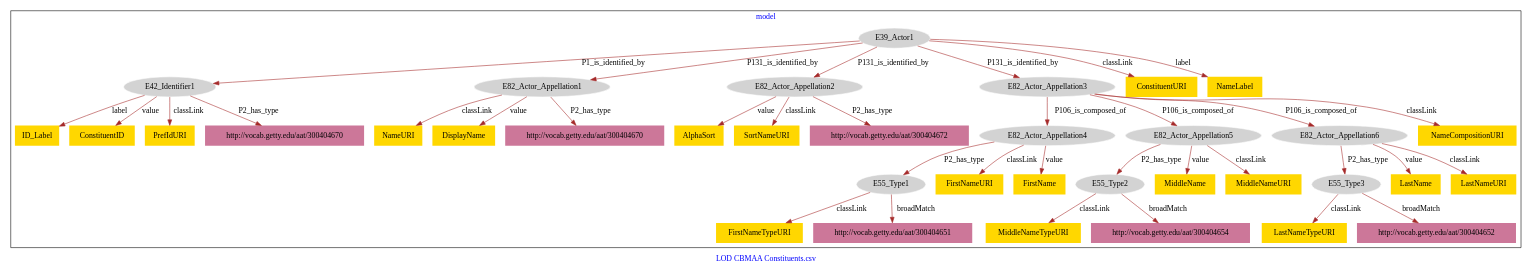
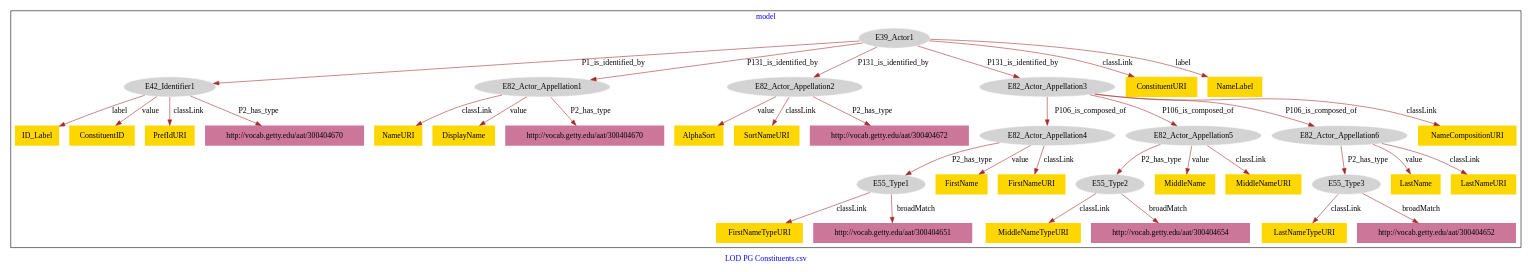
One commit to american-art/cbm changed the diagram in PG_Constituents/PG_Constituents-model.dot. Above: the diagram before and after it, drawn with Graphviz.

Commit message:
Update file PG_Constituents-model.dot

```diff
--- a/PG_Constituents/PG_Constituents-model.dot
+++ b/PG_Constituents/PG_Constituents-model.dot
@@ -1,79 +1,79 @@
 digraph n0 {
 fontcolor="blue"
 remincross="true"
-label="LOD CBMAA Constituents.csv"
+label="LOD PG Constituents.csv"
 subgraph cluster {
 label="model"
 n2[style="filled",color="white",fillcolor="lightgray",label="E39_Actor1"];
 n3[style="filled",color="white",fillcolor="lightgray",label="E42_Identifier1"];
 n4[style="filled",color="white",fillcolor="lightgray",label="E82_Actor_Appellation1"];
 n5[style="filled",color="white",fillcolor="lightgray",label="E82_Actor_Appellation2"];
 n6[style="filled",color="white",fillcolor="lightgray",label="E82_Actor_Appellation3"];
 n7[style="filled",color="white",fillcolor="lightgray",label="E82_Actor_Appellation4"];
 n8[style="filled",color="white",fillcolor="lightgray",label="E82_Actor_Appellation5"];
 n9[style="filled",color="white",fillcolor="lightgray",label="E82_Actor_Appellation6"];
 n10[style="filled",color="white",fillcolor="lightgray",label="E55_Type1"];
 n11[style="filled",color="white",fillcolor="lightgray",label="E55_Type2"];
 n12[style="filled",color="white",fillcolor="lightgray",label="E55_Type3"];
-n13[shape="plaintext",style="filled",fillcolor="gold",label="NameURI"];
-n14[shape="plaintext",style="filled",fillcolor="gold",label="ConstituentURI"];
-n15[shape="plaintext",style="filled",fillcolor="gold",label="NameCompositionURI"];
-n16[shape="plaintext",style="filled",fillcolor="gold",label="FirstNameURI"];
-n17[shape="plaintext",style="filled",fillcolor="gold",label="ID_Label"];
-n18[shape="plaintext",style="filled",fillcolor="gold",label="AlphaSort"];
-n19[shape="plaintext",style="filled",fillcolor="gold",label="ConstituentID"];
-n20[shape="plaintext",style="filled",fillcolor="gold",label="DisplayName"];
-n21[shape="plaintext",style="filled",fillcolor="gold",label="LastName"];
-n22[shape="plaintext",style="filled",fillcolor="gold",label="LastNameURI"];
-n23[shape="plaintext",style="filled",fillcolor="gold",label="PrefIdURI"];
-n24[shape="plaintext",style="filled",fillcolor="gold",label="MiddleName"];
-n25[shape="plaintext",style="filled",fillcolor="gold",label="NameLabel"];
-n26[shape="plaintext",style="filled",fillcolor="gold",label="LastNameTypeURI"];
-n27[shape="plaintext",style="filled",fillcolor="gold",label="FirstName"];
-n28[shape="plaintext",style="filled",fillcolor="gold",label="SortNameURI"];
-n29[shape="plaintext",style="filled",fillcolor="gold",label="MiddleNameTypeURI"];
-n30[shape="plaintext",style="filled",fillcolor="gold",label="MiddleNameURI"];
-n31[shape="plaintext",style="filled",fillcolor="gold",label="FirstNameTypeURI"];
+n13[shape="plaintext",style="filled",fillcolor="gold",label="ID_Label"];
+n14[shape="plaintext",style="filled",fillcolor="gold",label="FirstNameTypeURI"];
+n15[shape="plaintext",style="filled",fillcolor="gold",label="ConstituentURI"];
+n16[shape="plaintext",style="filled",fillcolor="gold",label="LastName"];
+n17[shape="plaintext",style="filled",fillcolor="gold",label="NameURI"];
+n18[shape="plaintext",style="filled",fillcolor="gold",label="NameCompositionURI"];
+n19[shape="plaintext",style="filled",fillcolor="gold",label="FirstName"];
+n20[shape="plaintext",style="filled",fillcolor="gold",label="MiddleName"];
+n21[shape="plaintext",style="filled",fillcolor="gold",label="AlphaSort"];
+n22[shape="plaintext",style="filled",fillcolor="gold",label="FirstNameURI"];
+n23[shape="plaintext",style="filled",fillcolor="gold",label="DisplayName"];
+n24[shape="plaintext",style="filled",fillcolor="gold",label="NameLabel"];
+n25[shape="plaintext",style="filled",fillcolor="gold",label="SortNameURI"];
+n26[shape="plaintext",style="filled",fillcolor="gold",label="ConstituentID"];
+n27[shape="plaintext",style="filled",fillcolor="gold",label="LastNameURI"];
+n28[shape="plaintext",style="filled",fillcolor="gold",label="MiddleNameURI"];
+n29[shape="plaintext",style="filled",fillcolor="gold",label="PrefIdURI"];
+n30[shape="plaintext",style="filled",fillcolor="gold",label="MiddleNameTypeURI"];
+n31[shape="plaintext",style="filled",fillcolor="gold",label="LastNameTypeURI"];
 n32[shape="plaintext",style="filled",fillcolor="#CC7799",label="http://vocab.getty.edu/aat/300404670"];
 n33[shape="plaintext",style="filled",fillcolor="#CC7799",label="http://vocab.getty.edu/aat/300404651"];
 n34[shape="plaintext",style="filled",fillcolor="#CC7799",label="http://vocab.getty.edu/aat/300404672"];
 n35[shape="plaintext",style="filled",fillcolor="#CC7799",label="http://vocab.getty.edu/aat/300404670"];
 n36[shape="plaintext",style="filled",fillcolor="#CC7799",label="http://vocab.getty.edu/aat/300404654"];
 n37[shape="plaintext",style="filled",fillcolor="#CC7799",label="http://vocab.getty.edu/aat/300404652"];
 }
 n2 -> n3[color="brown",fontcolor="black",label="P1_is_identified_by"]
 n2 -> n4[color="brown",fontcolor="black",label="P131_is_identified_by"]
 n2 -> n5[color="brown",fontcolor="black",label="P131_is_identified_by"]
 n2 -> n6[color="brown",fontcolor="black",label="P131_is_identified_by"]
 n6 -> n7[color="brown",fontcolor="black",label="P106_is_composed_of"]
 n6 -> n8[color="brown",fontcolor="black",label="P106_is_composed_of"]
 n6 -> n9[color="brown",fontcolor="black",label="P106_is_composed_of"]
 n7 -> n10[color="brown",fontcolor="black",label="P2_has_type"]
 n8 -> n11[color="brown",fontcolor="black",label="P2_has_type"]
 n9 -> n12[color="brown",fontcolor="black",label="P2_has_type"]
-n4 -> n13[color="brown",fontcolor="black",label="classLink"]
-n2 -> n14[color="brown",fontcolor="black",label="classLink"]
-n6 -> n15[color="brown",fontcolor="black",label="classLink"]
-n7 -> n16[color="brown",fontcolor="black",label="classLink"]
-n3 -> n17[color="brown",fontcolor="black",label="label"]
-n5 -> n18[color="brown",fontcolor="black",label="value"]
-n3 -> n19[color="brown",fontcolor="black",label="value"]
-n4 -> n20[color="brown",fontcolor="black",label="value"]
-n9 -> n21[color="brown",fontcolor="black",label="value"]
-n9 -> n22[color="brown",fontcolor="black",label="classLink"]
-n3 -> n23[color="brown",fontcolor="black",label="classLink"]
-n8 -> n24[color="brown",fontcolor="black",label="value"]
-n2 -> n25[color="brown",fontcolor="black",label="label"]
-n12 -> n26[color="brown",fontcolor="black",label="classLink"]
-n7 -> n27[color="brown",fontcolor="black",label="value"]
-n5 -> n28[color="brown",fontcolor="black",label="classLink"]
-n11 -> n29[color="brown",fontcolor="black",label="classLink"]
-n8 -> n30[color="brown",fontcolor="black",label="classLink"]
-n10 -> n31[color="brown",fontcolor="black",label="classLink"]
+n3 -> n13[color="brown",fontcolor="black",label="label"]
+n10 -> n14[color="brown",fontcolor="black",label="classLink"]
+n2 -> n15[color="brown",fontcolor="black",label="classLink"]
+n9 -> n16[color="brown",fontcolor="black",label="value"]
+n4 -> n17[color="brown",fontcolor="black",label="classLink"]
+n6 -> n18[color="brown",fontcolor="black",label="classLink"]
+n7 -> n19[color="brown",fontcolor="black",label="value"]
+n8 -> n20[color="brown",fontcolor="black",label="value"]
+n5 -> n21[color="brown",fontcolor="black",label="value"]
+n7 -> n22[color="brown",fontcolor="black",label="classLink"]
+n4 -> n23[color="brown",fontcolor="black",label="value"]
+n2 -> n24[color="brown",fontcolor="black",label="label"]
+n5 -> n25[color="brown",fontcolor="black",label="classLink"]
+n3 -> n26[color="brown",fontcolor="black",label="value"]
+n9 -> n27[color="brown",fontcolor="black",label="classLink"]
+n8 -> n28[color="brown",fontcolor="black",label="classLink"]
+n3 -> n29[color="brown",fontcolor="black",label="classLink"]
+n11 -> n30[color="brown",fontcolor="black",label="classLink"]
+n12 -> n31[color="brown",fontcolor="black",label="classLink"]
 n4 -> n32[color="brown",fontcolor="black",label="P2_has_type"]
 n10 -> n33[color="brown",fontcolor="black",label="broadMatch"]
 n5 -> n34[color="brown",fontcolor="black",label="P2_has_type"]
 n3 -> n35[color="brown",fontcolor="black",label="P2_has_type"]
 n11 -> n36[color="brown",fontcolor="black",label="broadMatch"]
 n12 -> n37[color="brown",fontcolor="black",label="broadMatch"]
 }
```
